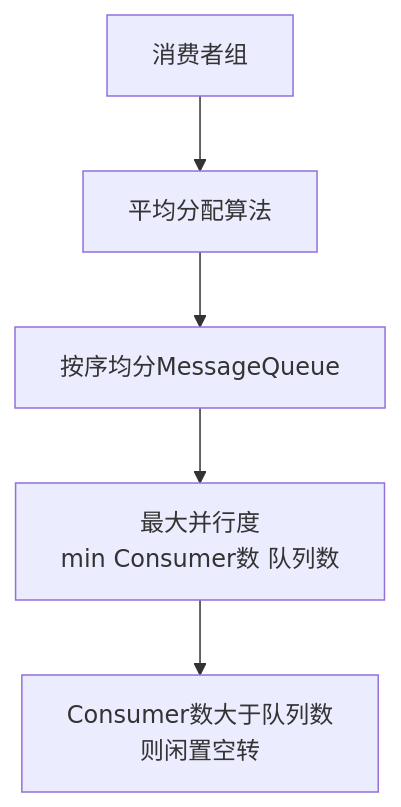
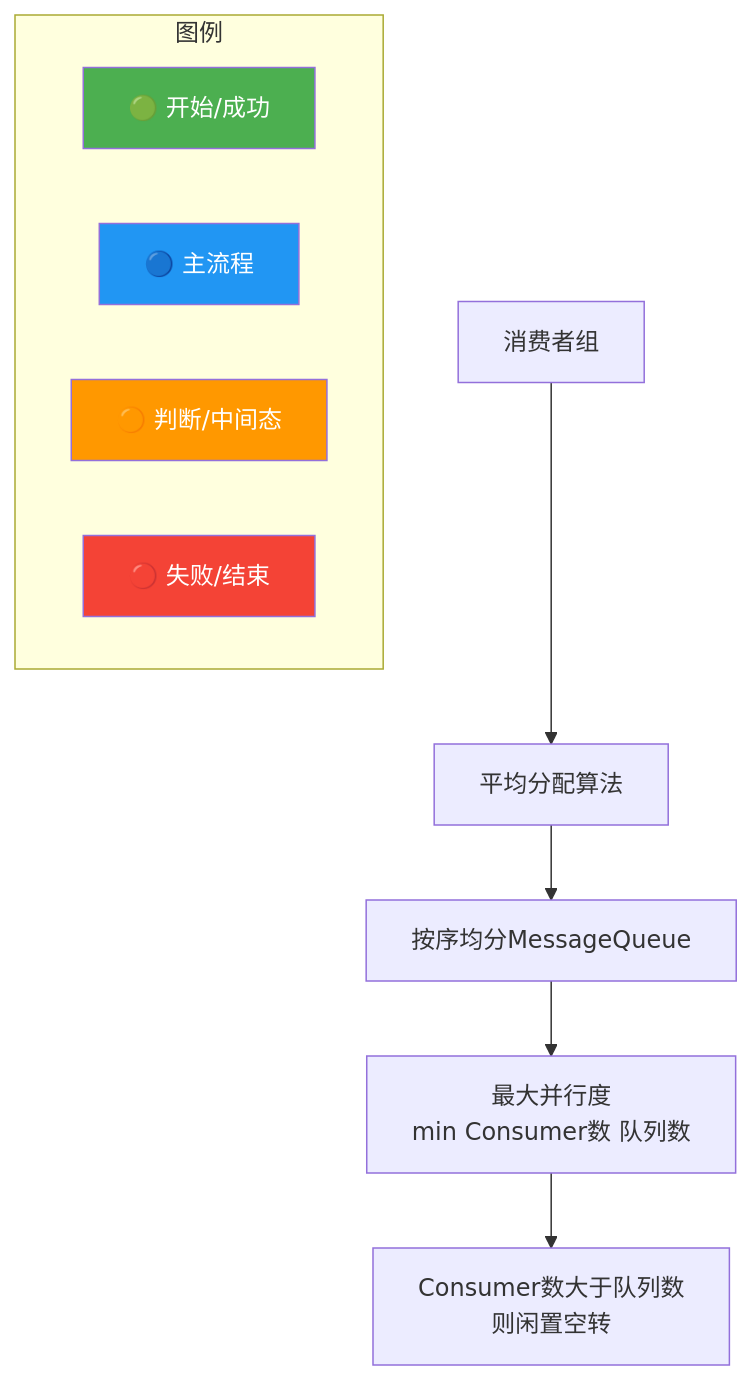
The diagram in questions/middleware/mq-060.md (SunArthur86/interview-2026), drawn with Mermaid before and after one commit. The commit also changed other lines of this file and 3180 other files, not shown here.

First line of the commit message:
Mermaid颜色增强99% + 面试频率分类(高频1571/中频1115/低频461)

````diff
--- a/questions/middleware/mq-060.md
+++ b/questions/middleware/mq-060.md
@@ -79,7 +80,26 @@
 ```mermaid
 flowchart TD
+    classDef start fill:#4CAF50,color:#fff
+    classDef process fill:#2196F3,color:#fff
+    classDef decision fill:#FF9800,color:#fff
+    classDef special fill:#9C27B0,color:#fff
+    classDef error fill:#f44336,color:#fff
+    classDef info fill:#607D8B,color:#fff
+    class Assign start
+    class Avg process
+    class Formula decision
+    class Group special
+    class Limit error
+    class br info
+    class min start
     Group[消费者组] --> Avg[平均分配算法]
     Avg --> Assign[按序均分MessageQueue]
     Assign --> Formula[最大并行度<br/>min Consumer数 队列数]
     Formula --> Limit[Consumer数大于队列数<br/>则闲置空转]
+    subgraph Legend["图例"]
+        L1["🟢 开始/成功"]:::start
+        L2["🔵 主流程"]:::process
+        L3["🟠 判断/中间态"]:::decision
+        L4["🔴 失败/结束"]:::error
+    end
 ```
````
